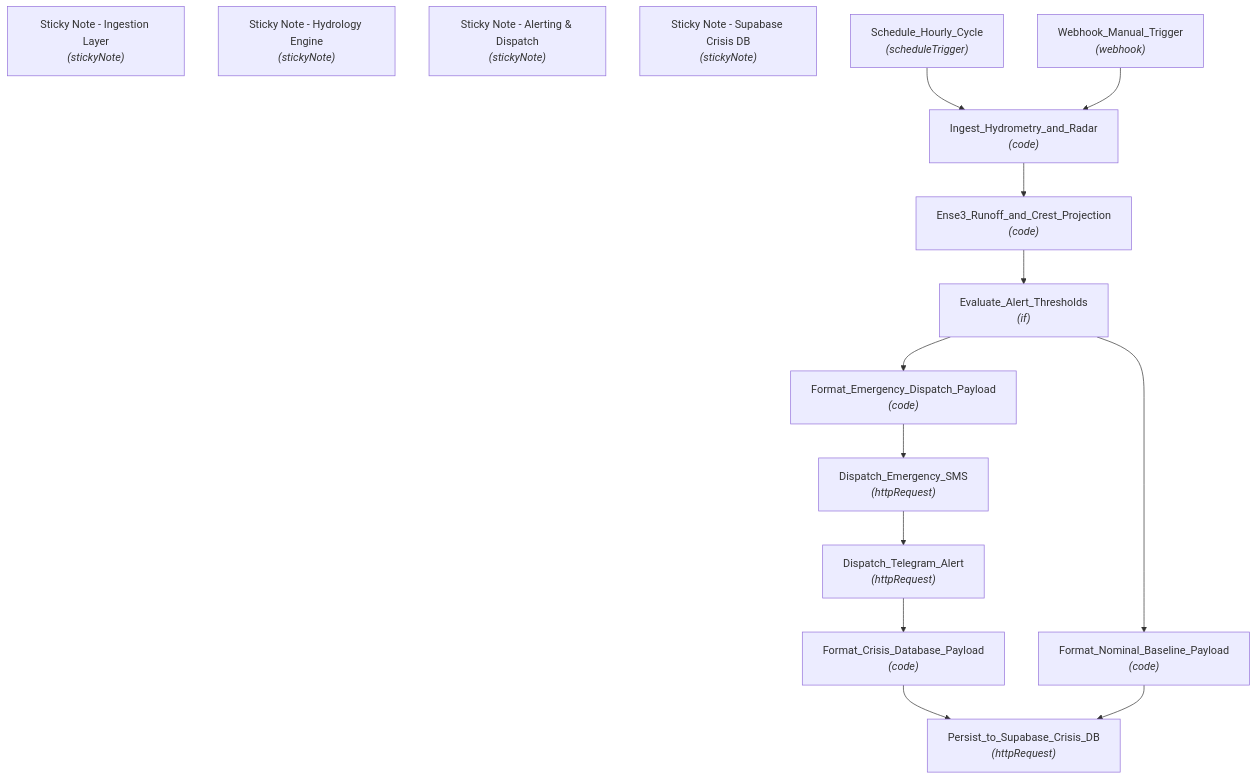
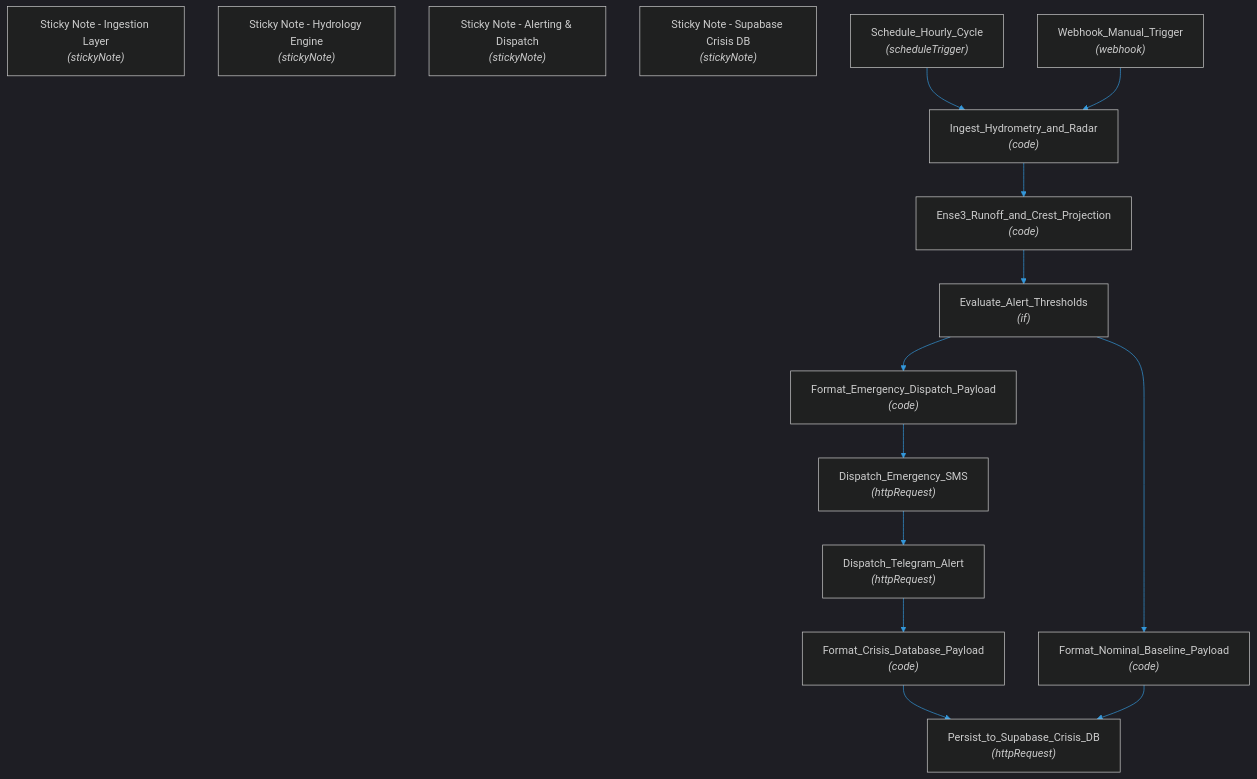
Before and after one commit to abderrahman-ai/environmental-hydrology-flood-warning: the diagram in README.md, drawn with Mermaid. The commit also changed other lines of this file, not shown here.

Commit message:
style: update README with premium dark-mode architecture & custom design

````diff
--- a/README.md
+++ b/README.md
@@ -33,29 +64,30 @@
 ```mermaid
+%%{init: {'theme': 'dark', 'themeVariables': {'primaryColor': '#1a1a2e', 'primaryTextColor': '#e0e0e0', 'primaryBorderColor': '#3498DB', 'lineColor': '#3498DB', 'secondaryColor': '#16213e', 'edgeLabelBackground': '#0d0d0d', 'clusterBkg': '#0d0d0d'}}}%%
 graph TD
     Sticky_Note_Ingestion_Layer["Sticky Note - Ingestion Layer<br/><i>(stickyNote)</i>"]
     Sticky_Note_Hydrology_Engine["Sticky Note - Hydrology Engine<br/><i>(stickyNote)</i>"]
     Sticky_Note_Alerting_Dispatch["Sticky Note - Alerting & Dispatch<br/><i>(stickyNote)</i>"]
     Sticky_Note_Supabase_Crisis_DB["Sticky Note - Supabase Crisis DB<br/><i>(stickyNote)</i>"]
     Schedule_Hourly_Cycle["Schedule_Hourly_Cycle<br/><i>(scheduleTrigger)</i>"]
     Webhook_Manual_Trigger["Webhook_Manual_Trigger<br/><i>(webhook)</i>"]
     Ingest_Hydrometry_and_Radar["Ingest_Hydrometry_and_Radar<br/><i>(code)</i>"]
     Ense3_Runoff_and_Crest_Projection["Ense3_Runoff_and_Crest_Projection<br/><i>(code)</i>"]
     Evaluate_Alert_Thresholds["Evaluate_Alert_Thresholds<br/><i>(if)</i>"]
     Format_Emergency_Dispatch_Payload["Format_Emergency_Dispatch_Payload<br/><i>(code)</i>"]
     Dispatch_Emergency_SMS["Dispatch_Emergency_SMS<br/><i>(httpRequest)</i>"]
     Dispatch_Telegram_Alert["Dispatch_Telegram_Alert<br/><i>(httpRequest)</i>"]
     Format_Crisis_Database_Payload["Format_Crisis_Database_Payload<br/><i>(code)</i>"]
     Format_Nominal_Baseline_Payload["Format_Nominal_Baseline_Payload<br/><i>(code)</i>"]
     Persist_to_Supabase_Crisis_DB["Persist_to_Supabase_Crisis_DB<br/><i>(httpRequest)</i>"]
     Dispatch_Emergency_SMS --> Dispatch_Telegram_Alert
     Dispatch_Telegram_Alert --> Format_Crisis_Database_Payload
     Ense3_Runoff_and_Crest_Projection --> Evaluate_Alert_Thresholds
     Evaluate_Alert_Thresholds --> Format_Emergency_Dispatch_Payload
     Evaluate_Alert_Thresholds --> Format_Nominal_Baseline_Payload
     Format_Crisis_Database_Payload --> Persist_to_Supabase_Crisis_DB
     Format_Emergency_Dispatch_Payload --> Dispatch_Emergency_SMS
     Format_Nominal_Baseline_Payload --> Persist_to_Supabase_Crisis_DB
     Ingest_Hydrometry_and_Radar --> Ense3_Runoff_and_Crest_Projection
     Schedule_Hourly_Cycle --> Ingest_Hydrometry_and_Radar
     Webhook_Manual_Trigger --> Ingest_Hydrometry_and_Radar
 ```
````
